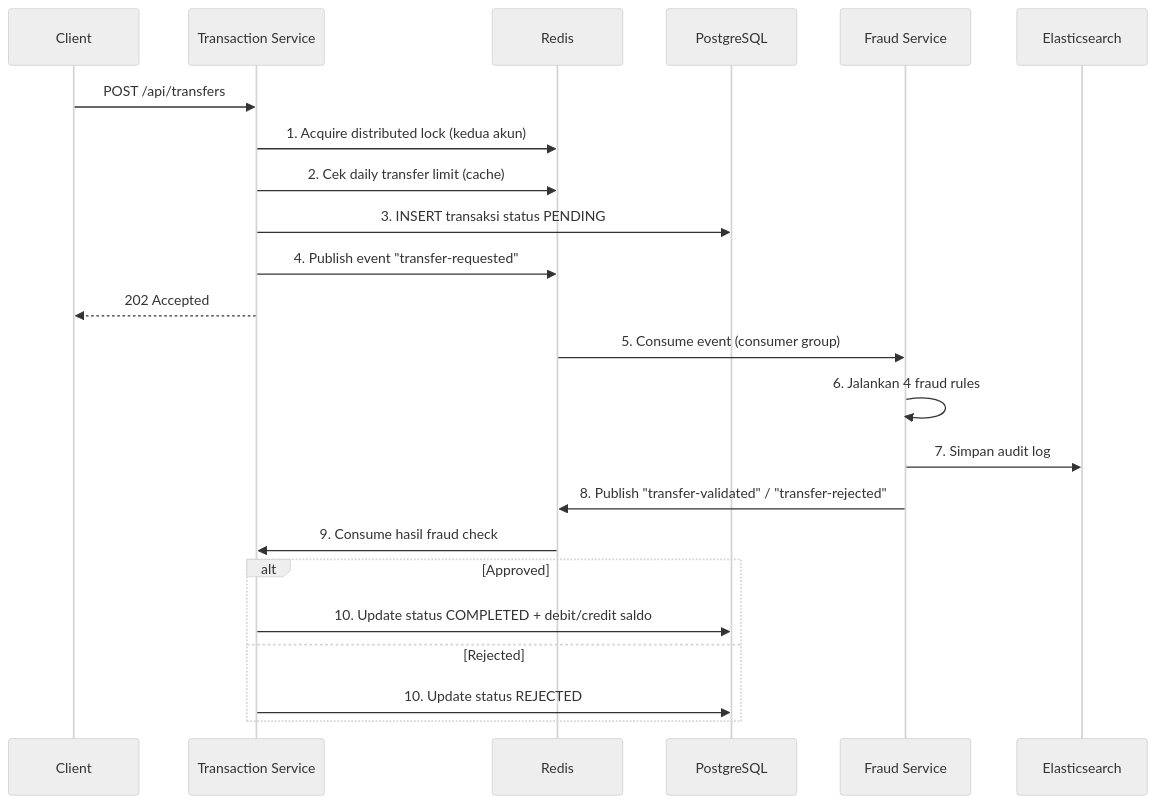
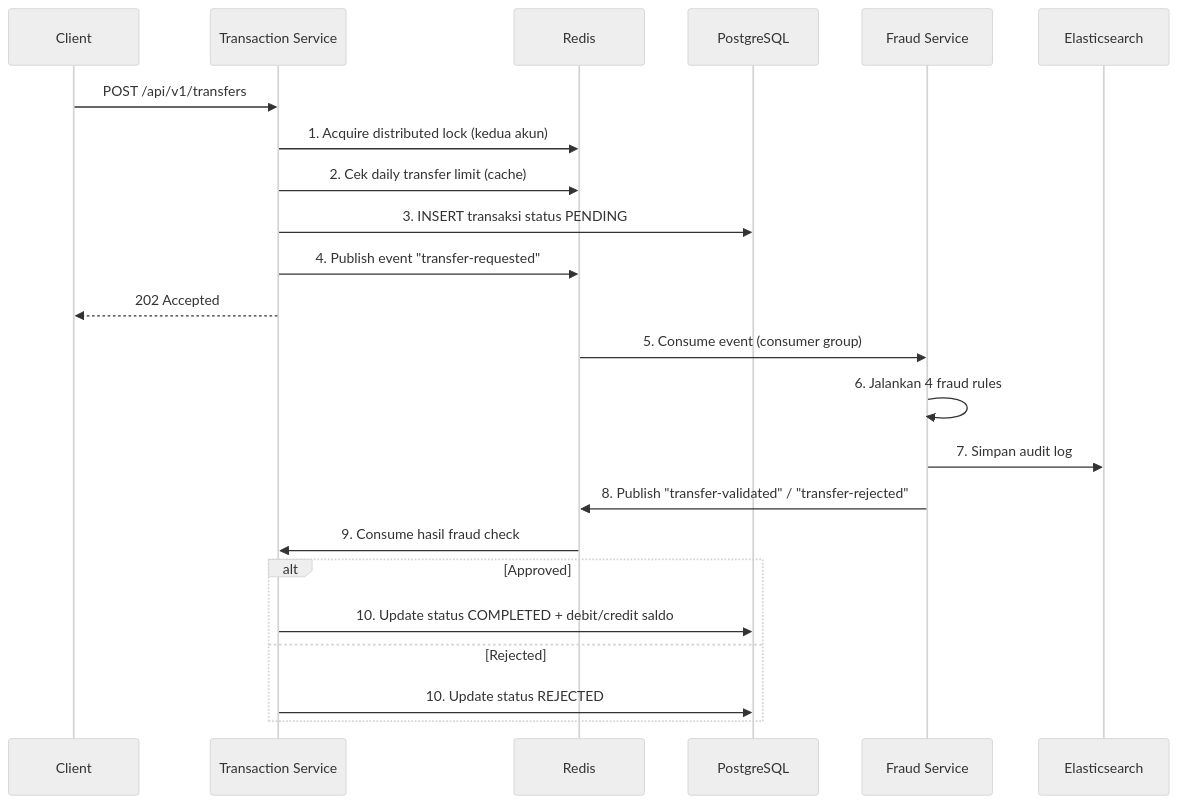
One commit to kucingops/mini-bank changed the second of 2 diagrams in README.md. Above: the diagram before and after it, drawn with Mermaid (neutral theme). The commit also changed other lines of this file and 57 other files, not shown here.

````diff
--- a/README.md
+++ b/README.md
@@ -353,28 +374,28 @@
 ```mermaid
 sequenceDiagram
     participant C as Client
     participant TS as Transaction Service
     participant R as Redis
     participant PG as PostgreSQL
     participant FS as Fraud Service
     participant ES as Elasticsearch
 
-    C->>TS: POST /api/transfers
+    C->>TS: POST /api/v1/transfers
     TS->>R: 1. Acquire distributed lock (kedua akun)
     TS->>R: 2. Cek daily transfer limit (cache)
     TS->>PG: 3. INSERT transaksi status PENDING
     TS->>R: 4. Publish event "transfer-requested"
     TS-->>C: 202 Accepted
 
     R->>FS: 5. Consume event (consumer group)
     FS->>FS: 6. Jalankan 4 fraud rules
     FS->>ES: 7. Simpan audit log
     FS->>R: 8. Publish "transfer-validated" / "transfer-rejected"
 
     R->>TS: 9. Consume hasil fraud check
     alt Approved
         TS->>PG: 10. Update status COMPLETED + debit/credit saldo
     else Rejected
         TS->>PG: 10. Update status REJECTED
     end
 ```
````
